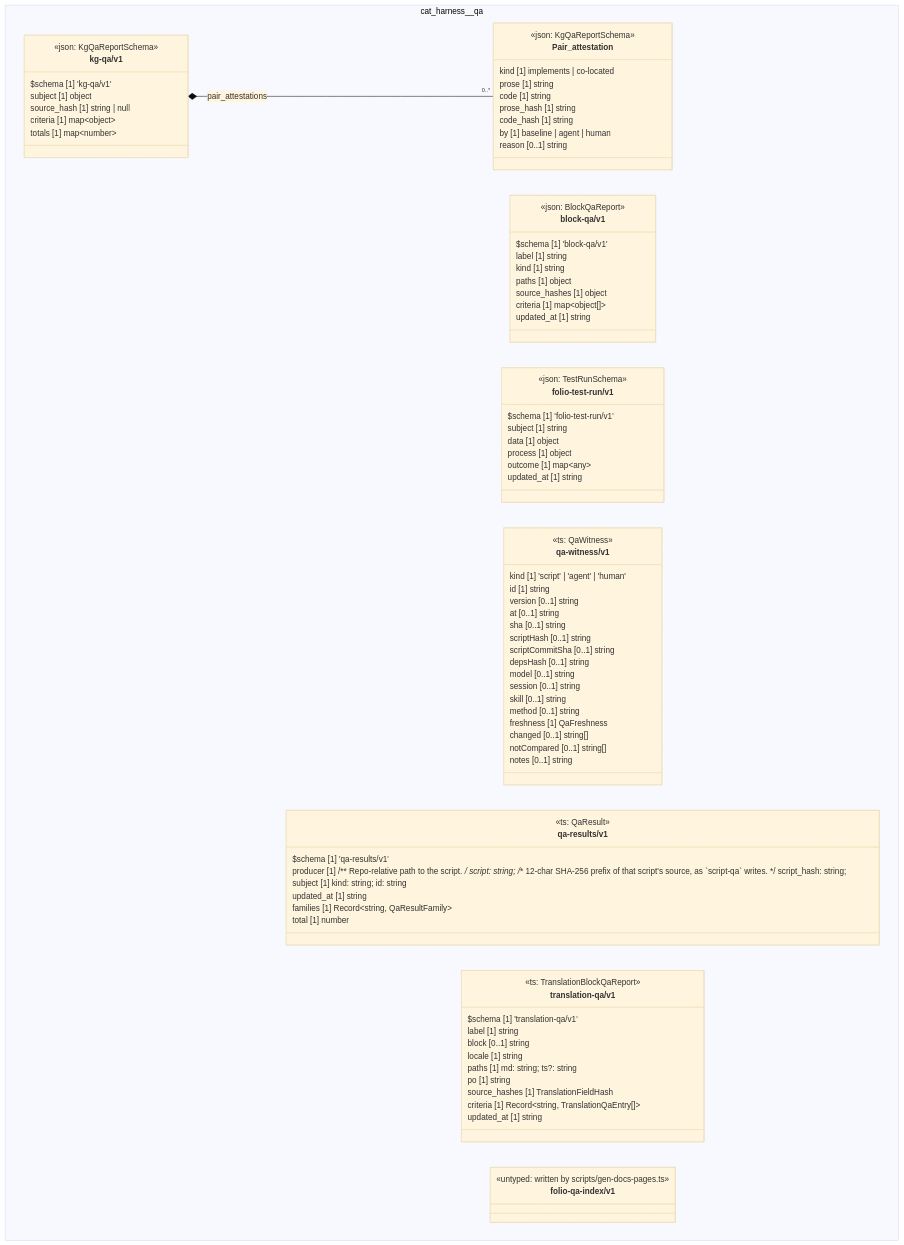
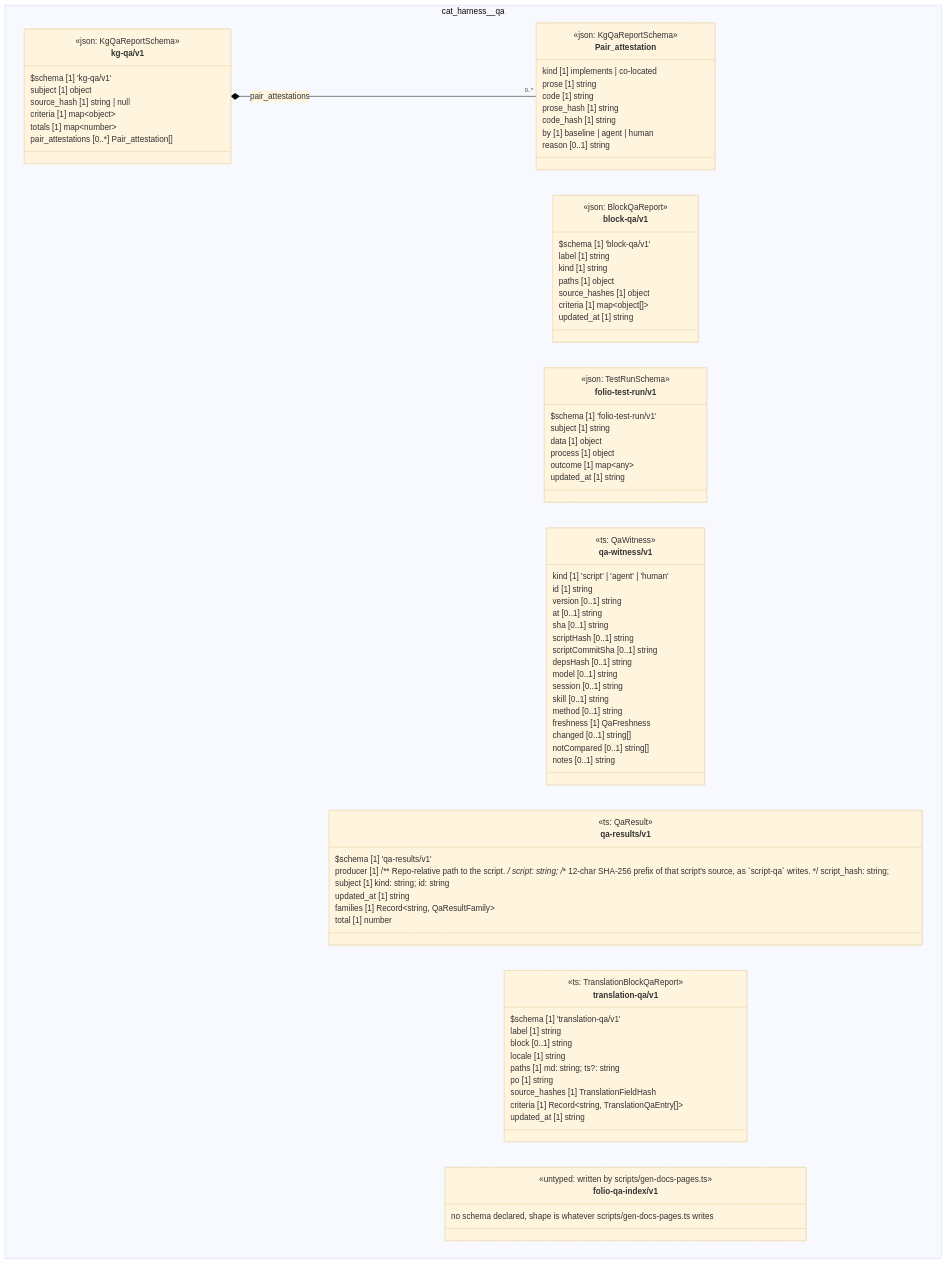
Before and after one commit to litlfred/folio-assistant: the diagram in cat-harness/docs/uml/overview/cat-harness/qa.md, drawn with Mermaid (base theme). The commit also changed 181 other files, not shown here.

First line of the commit message:
UML: full object model on the overview page; no empty class boxes

```diff
--- a/cat-harness/docs/uml/overview/cat-harness/qa.md
+++ b/cat-harness/docs/uml/overview/cat-harness/qa.md
@@ -47,6 +47,7 @@
       source_hash [1] string | null
       criteria [1] map~object~
       totals [1] map~number~
+      pair_attestations [0..*] Pair_attestation[]
     }
     class cat_harness_qa_block_qa_v1_block_qa_v1["block-qa/v1"] {
       <<json: BlockQaReport>>
@@ -109,6 +110,7 @@
     }
     class cat_harness_qa_folio_qa_index_v1["folio-qa-index/v1"] {
       <<untyped: written by scripts/gen-docs-pages.ts>>
+      no schema declared, shape is whatever scripts/gen-docs-pages.ts writes
     }
   }
   cat_harness_qa_kg_qa_v1_kg_qa_v1 *-- "0..*" cat_harness_qa_kg_qa_v1_Pair_attestation : pair_attestations
```
